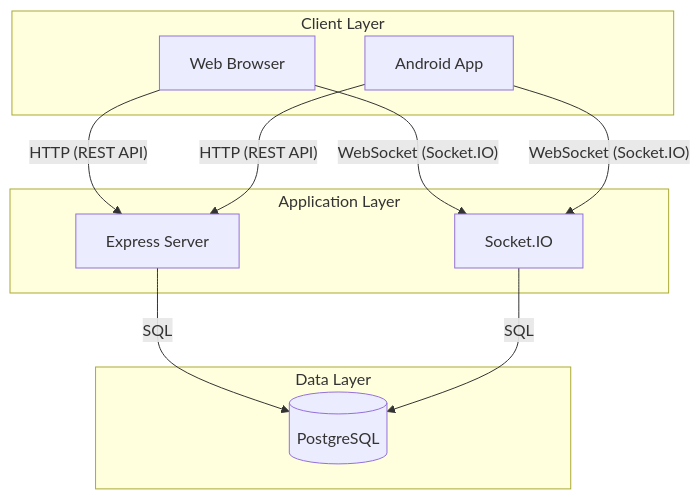
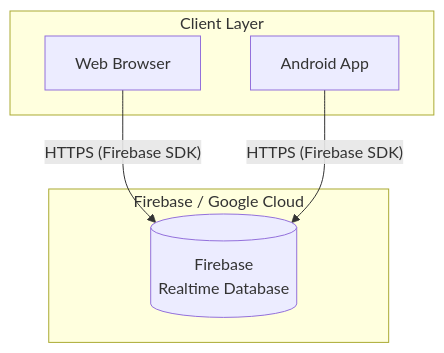
One commit to deglerj/dabb changed the second of 2 diagrams in docs/arc42/03-context-scope.md. Above: the diagram before and after it, drawn with Mermaid. The commit also changed other lines of this file and 13 other files, not shown here.

First line of the commit message:
docs: update all docs to reflect Firebase P2P architecture

````diff
--- a/docs/arc42/03-context-scope.md
+++ b/docs/arc42/03-context-scope.md
@@ -33,23 +34,14 @@
 ```mermaid
 flowchart TB
     subgraph client [Client Layer]
         web[Web Browser]
         android[Android App]
     end
 
-    subgraph app [Application Layer]
-        express[Express Server]
-        socketio[Socket.IO]
+    subgraph data [Firebase / Google Cloud]
+        rtdb[(Firebase\nRealtime Database)]
     end
 
-    subgraph data [Data Layer]
-        db[(PostgreSQL)]
-    end
-
-    web -->|"WebSocket (Socket.IO)"| socketio
-    android -->|"WebSocket (Socket.IO)"| socketio
-    web -->|"HTTP (REST API)"| express
-    android -->|"HTTP (REST API)"| express
-    express -->|SQL| db
-    socketio -->|SQL| db
+    web -->|"HTTPS (Firebase SDK)"| rtdb
+    android -->|"HTTPS (Firebase SDK)"| rtdb
 ```
````
